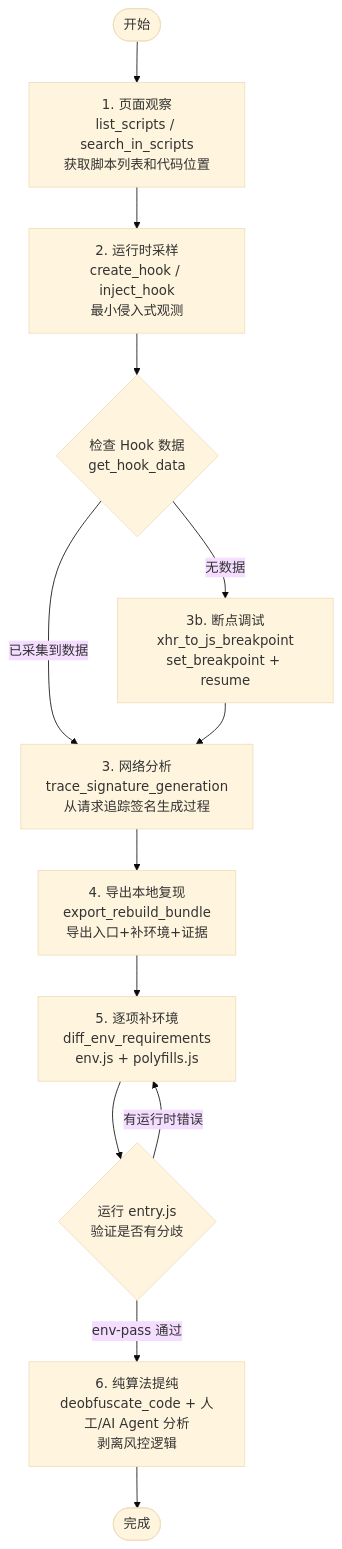
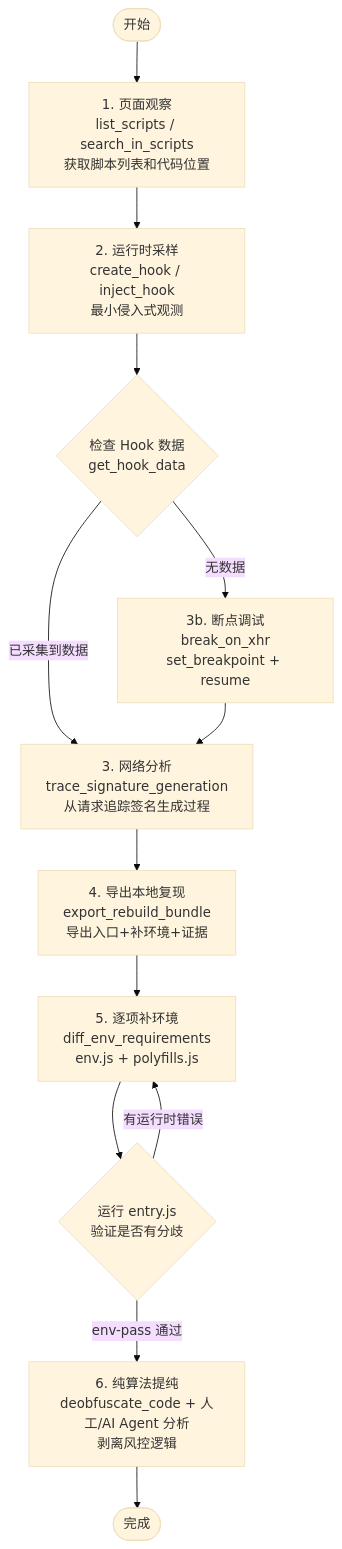
Before and after one commit to ruoxhub/browsercli: the third of 3 diagrams in README.md, drawn with Mermaid (base theme). The commit also changed other lines of this file and 12 other files, not shown here.

````diff
--- a/README.md
+++ b/README.md
@@ -647,15 +645,15 @@
 ```mermaid
 flowchart TB
     START([开始]) --> OBSERVE[1. 页面观察<br/>list_scripts / search_in_scripts<br/>获取脚本列表和代码位置]
     OBSERVE --> HOOK[2. 运行时采样<br/>create_hook / inject_hook<br/>最小侵入式观测]
     HOOK --> CHECK_HOOK{检查 Hook 数据<br/>get_hook_data}
     CHECK_HOOK -->|已采集到数据| NETWORK[3. 网络分析<br/>trace_signature_generation<br/>从请求追踪签名生成过程]
-    CHECK_HOOK -->|无数据| DEBUG[3b. 断点调试<br/>xhr_to_js_breakpoint<br/>set_breakpoint + resume]
+    CHECK_HOOK -->|无数据| DEBUG[3b. 断点调试<br/>break_on_xhr<br/>set_breakpoint + resume]
     DEBUG --> NETWORK
     NETWORK --> EXPORT[4. 导出本地复现<br/>export_rebuild_bundle<br/>导出入口+补环境+证据]
     EXPORT --> ENV[5. 逐项补环境<br/>diff_env_requirements<br/>env.js + polyfills.js]
     ENV --> VERIFY{运行 entry.js<br/>验证是否有分歧}
     VERIFY -->|有运行时错误| ENV
     VERIFY -->|env-pass 通过| PURE[6. 纯算法提纯<br/>deobfuscate_code + 人工/AI Agent 分析<br/>剥离风控逻辑]
     PURE --> DONE([完成])
 ```
````
